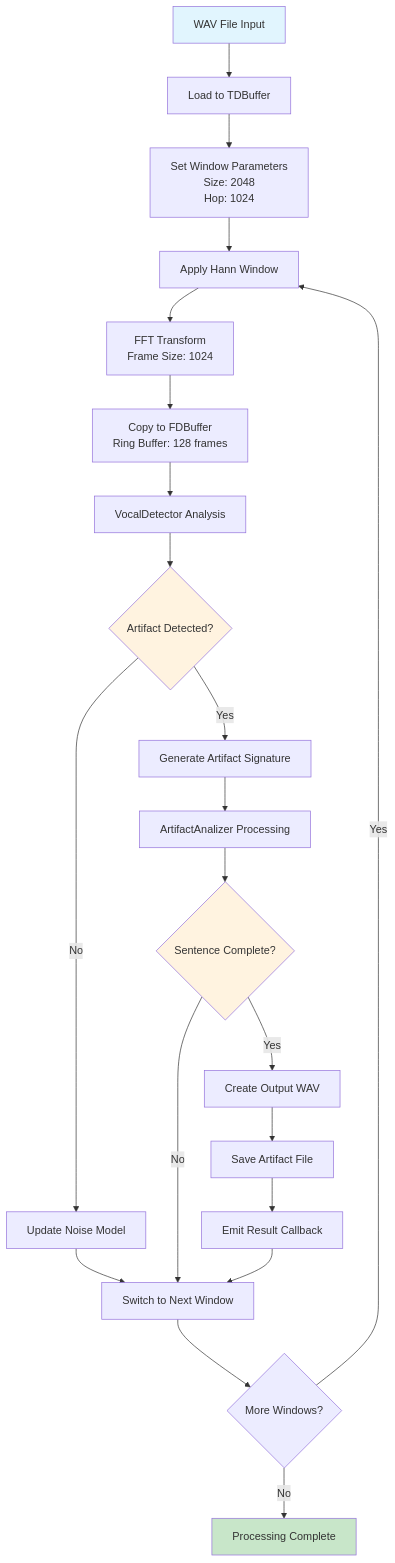
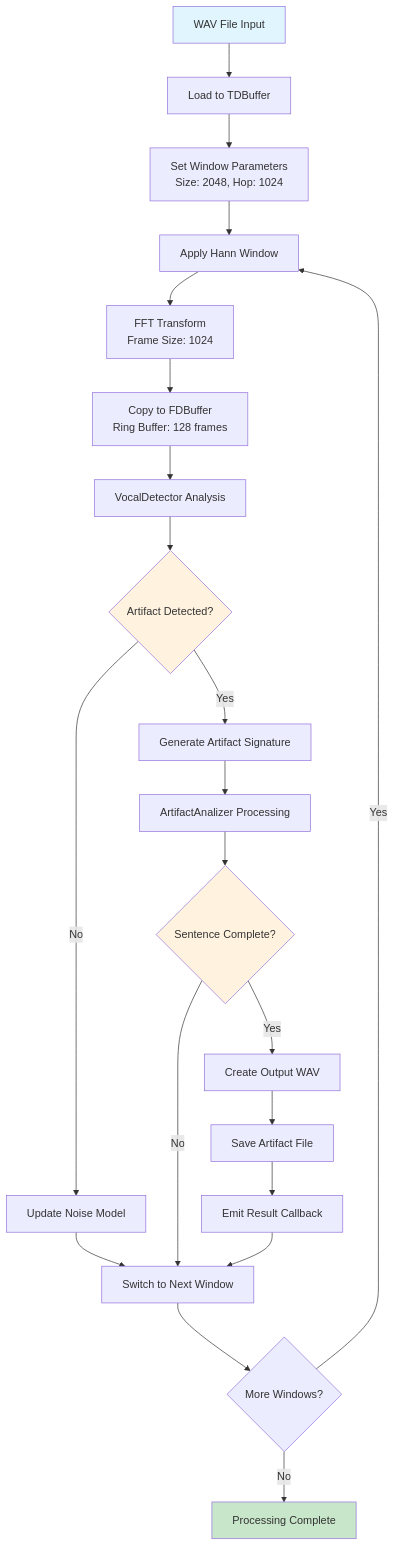
The fourth of 18 diagrams in src/vodec/docs/architecture.md (zl0bster/AP01), drawn with Mermaid before and after one commit. The commit also changed other lines of this file, not shown here.

Commit message:
Fix Mermaid diagram syntax errors in architecture.md

````diff
--- a/src/vodec/docs/architecture.md
+++ b/src/vodec/docs/architecture.md
@@ -179,34 +179,34 @@
 ```mermaid
-flowchart TD
+graph TD
     A[WAV File Input] --> B[Load to TDBuffer]
-    B --> C[Set Window Parameters<br/>Size: 2048<br/>Hop: 1024]
+    B --> C["Set Window Parameters<br/>Size: 2048, Hop: 1024"]
     C --> D[Apply Hann Window]
-    D --> E[FFT Transform<br/>Frame Size: 1024]
-    E --> F[Copy to FDBuffer<br/>Ring Buffer: 128 frames]
+    D --> E["FFT Transform<br/>Frame Size: 1024"]
+    E --> F["Copy to FDBuffer<br/>Ring Buffer: 128 frames"]
     
     F --> G[VocalDetector Analysis]
     G --> H{Artifact Detected?}
     
     H -->|No| I[Update Noise Model]
     H -->|Yes| J[Generate Artifact Signature]
     
     I --> K[Switch to Next Window]
     J --> L[ArtifactAnalizer Processing]
     
     L --> M{Sentence Complete?}
     M -->|No| K
     M -->|Yes| N[Create Output WAV]
     
     N --> O[Save Artifact File]
     O --> P[Emit Result Callback]
     P --> K
     
     K --> Q{More Windows?}
     Q -->|Yes| D
     Q -->|No| R[Processing Complete]
     
     style A fill:#e1f5fe
     style R fill:#c8e6c9
     style H fill:#fff3e0
     style M fill:#fff3e0
 ```
````
